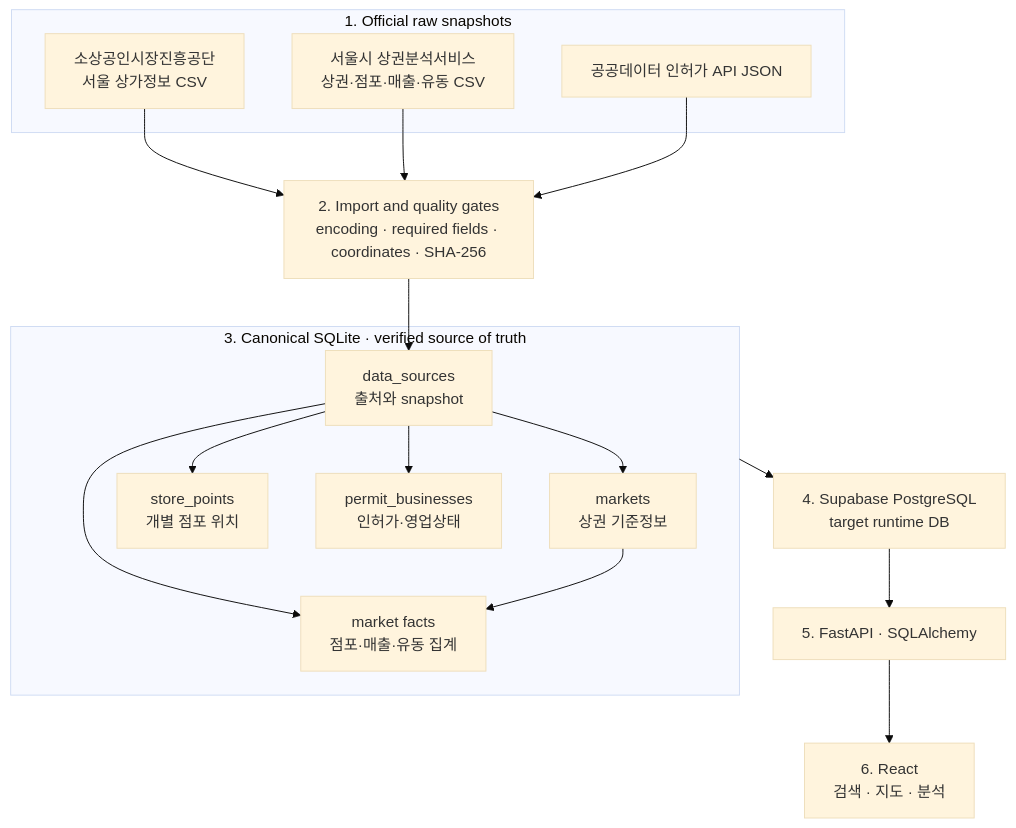
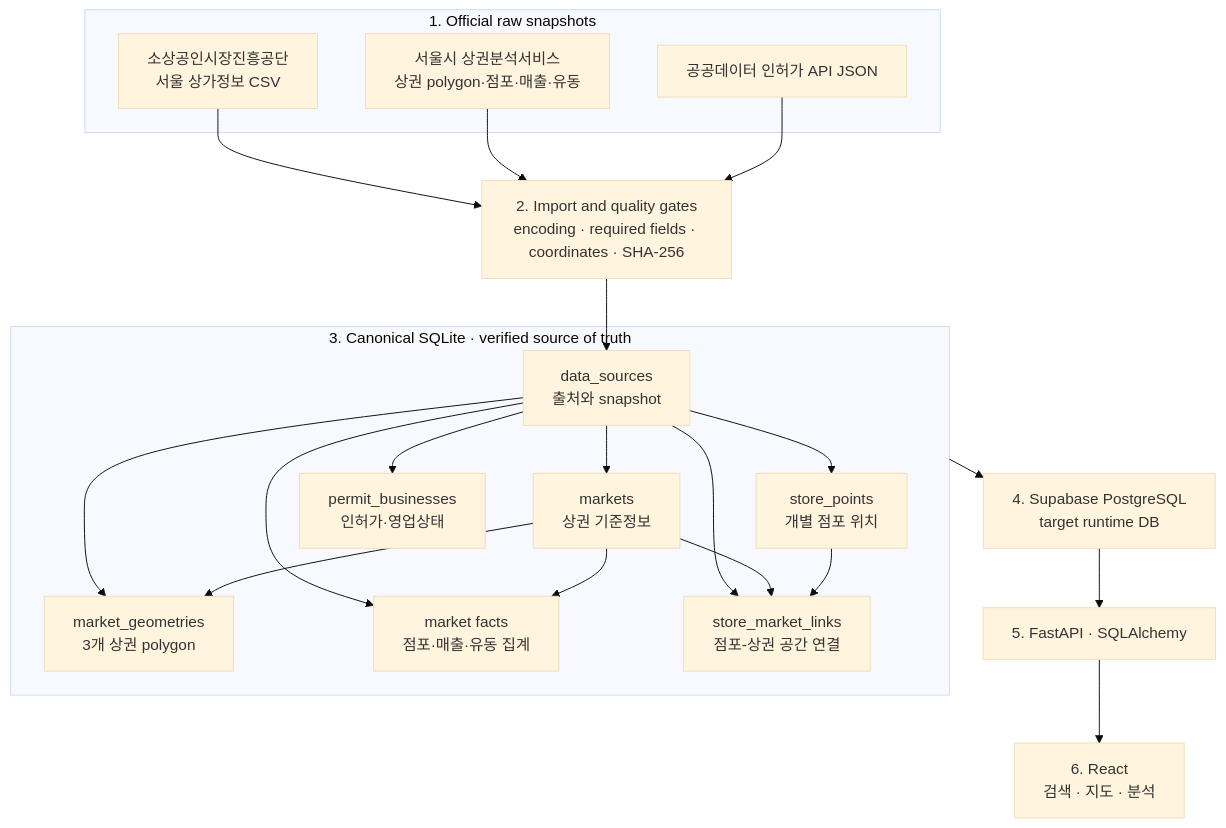
The first of 5 diagrams in docs/data/database-structure.md (Mureung1/hub-showcase), drawn with Mermaid (base theme) before and after one commit. The commit also changed other lines of this file and 6 other files, not shown here.

First line of the commit message:
feat(db): add market spatial schema

````diff
--- a/docs/data/database-structure.md
+++ b/docs/data/database-structure.md
@@ -13,35 +13,42 @@
 ```mermaid
 flowchart TB
     subgraph RAW["1. Official raw snapshots"]
         SBDC["소상공인시장진흥공단<br/>서울 상가정보 CSV"]
-        SEOUL["서울시 상권분석서비스<br/>상권·점포·매출·유동 CSV"]
+        SEOUL["서울시 상권분석서비스<br/>상권 polygon·점포·매출·유동"]
         PERMIT["공공데이터 인허가 API JSON"]
     end
 
     IMPORT["2. Import and quality gates<br/>encoding · required fields · coordinates · SHA-256"]
 
     subgraph CANONICAL["3. Canonical SQLite · verified source of truth"]
         DS["data_sources<br/>출처와 snapshot"]
         M["markets<br/>상권 기준정보"]
+        GEOMETRY["market_geometries<br/>3개 상권 polygon"]
         FACTS["market facts<br/>점포·매출·유동 집계"]
         POINTS["store_points<br/>개별 점포 위치"]
+        LINKS["store_market_links<br/>점포-상권 공간 연결"]
         LICENSE["permit_businesses<br/>인허가·영업상태"]
     end
 
     PG["4. Supabase PostgreSQL<br/>target runtime DB"]
     API["5. FastAPI · SQLAlchemy"]
     WEB["6. React<br/>검색 · 지도 · 분석"]
 
     SBDC --> IMPORT
     SEOUL --> IMPORT
     PERMIT --> IMPORT
     IMPORT --> DS
     DS --> M
+    DS --> GEOMETRY
     DS --> FACTS
     DS --> POINTS
+    DS --> LINKS
     DS --> LICENSE
     M --> FACTS
+    M --> GEOMETRY
+    M --> LINKS
+    POINTS --> LINKS
     CANONICAL --> PG
     PG --> API
     API --> WEB
 ```
````
